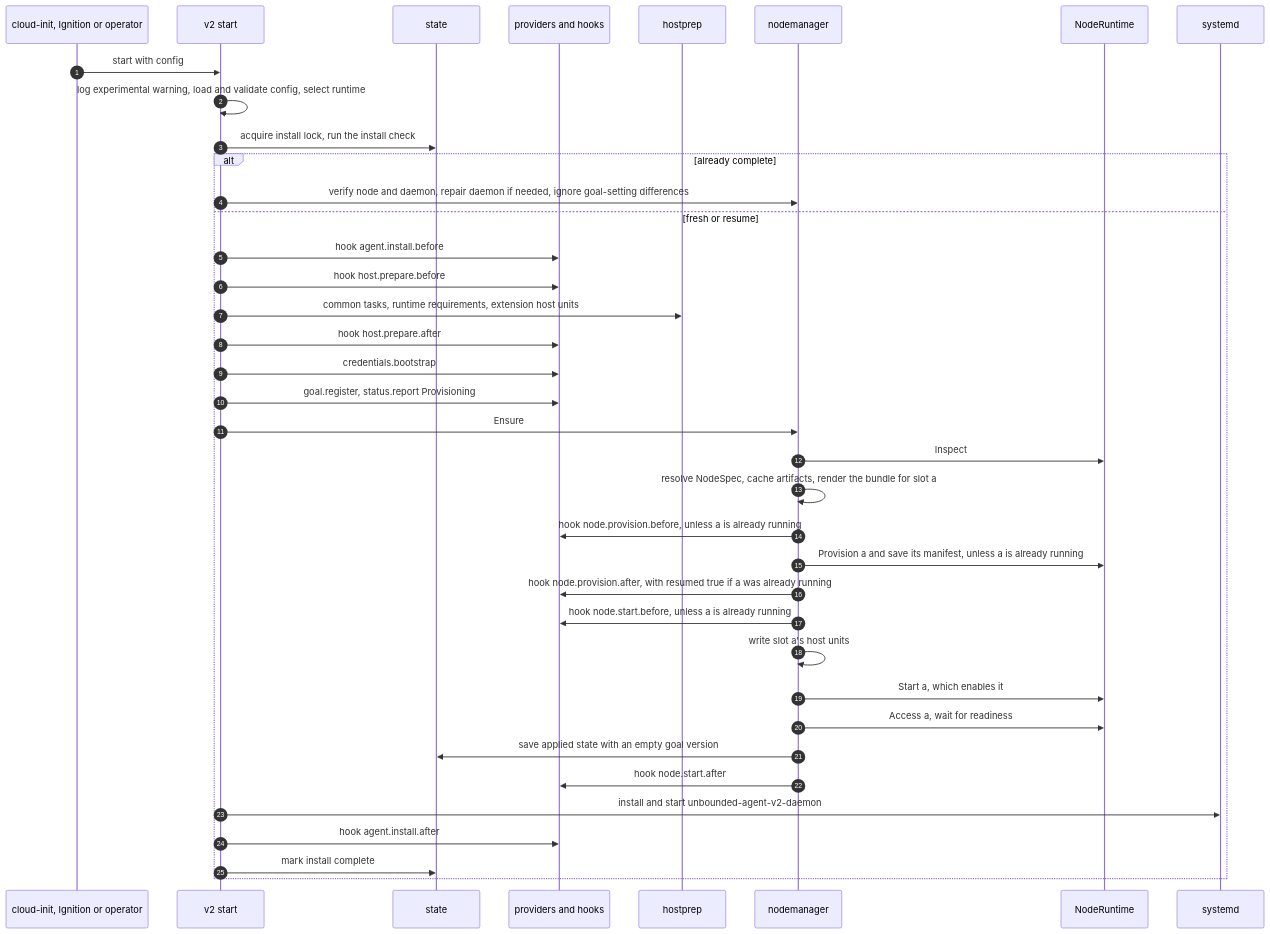
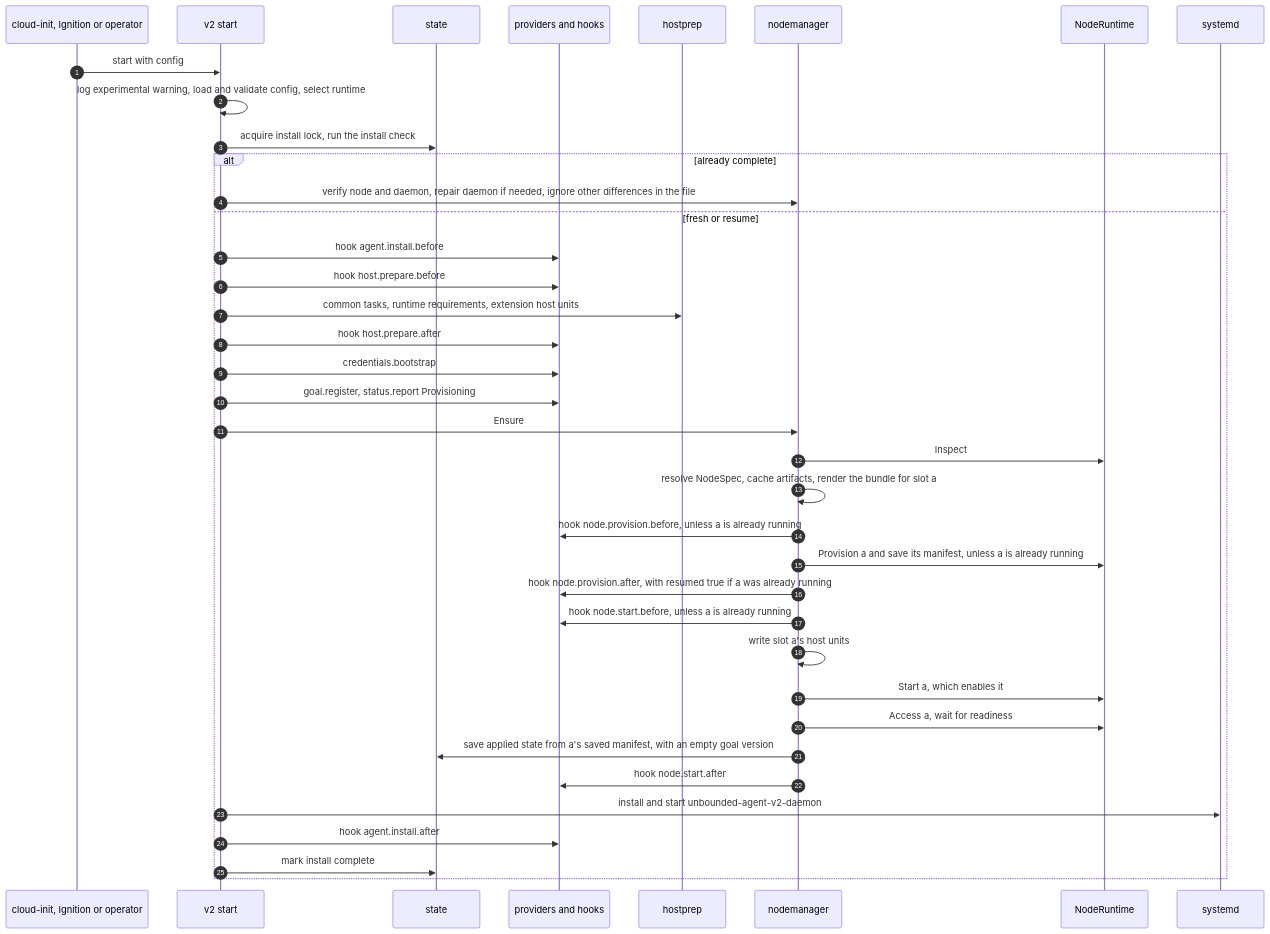
Before and after one commit to Azure/unbounded: the first of 5 diagrams in designs/agent-v2/05-lifecycles.md, drawn with Mermaid. The commit also changed other lines of this file and 7 other files, not shown here.

````diff
--- a/designs/agent-v2/05-lifecycles.md
+++ b/designs/agent-v2/05-lifecycles.md
@@ -8,40 +8,40 @@
 ```mermaid
 sequenceDiagram
   autonumber
   participant Op as cloud-init, Ignition or operator
   participant CLI as v2 start
   participant St as state
   participant Px as providers and hooks
   participant HP as hostprep
   participant NM as nodemanager
   participant RT as NodeRuntime
   participant SD as systemd
   Op->>CLI: start with config
   CLI->>CLI: log experimental warning, load and validate config, select runtime
   CLI->>St: acquire install lock, run the install check
   alt already complete
-    CLI->>NM: verify node and daemon, repair daemon if needed, ignore goal-setting differences
+    CLI->>NM: verify node and daemon, repair daemon if needed, ignore other differences in the file
   else fresh or resume
     CLI->>Px: hook agent.install.before
     CLI->>Px: hook host.prepare.before
     CLI->>HP: common tasks, runtime requirements, extension host units
     CLI->>Px: hook host.prepare.after
     CLI->>Px: credentials.bootstrap
     CLI->>Px: goal.register, status.report Provisioning
     CLI->>NM: Ensure
     NM->>RT: Inspect
     NM->>NM: resolve NodeSpec, cache artifacts, render the bundle for slot a
     NM->>Px: hook node.provision.before, unless a is already running
     NM->>RT: Provision a and save its manifest, unless a is already running
     NM->>Px: hook node.provision.after, with resumed true if a was already running
     NM->>Px: hook node.start.before, unless a is already running
     NM->>NM: write slot a's host units
     NM->>RT: Start a, which enables it
     NM->>RT: Access a, wait for readiness
-    NM->>St: save applied state with an empty goal version
+    NM->>St: save applied state from a's saved manifest, with an empty goal version
     NM->>Px: hook node.start.after
     CLI->>SD: install and start unbounded-agent-v2-daemon
     CLI->>Px: hook agent.install.after
     CLI->>St: mark install complete
   end
 ```
````
